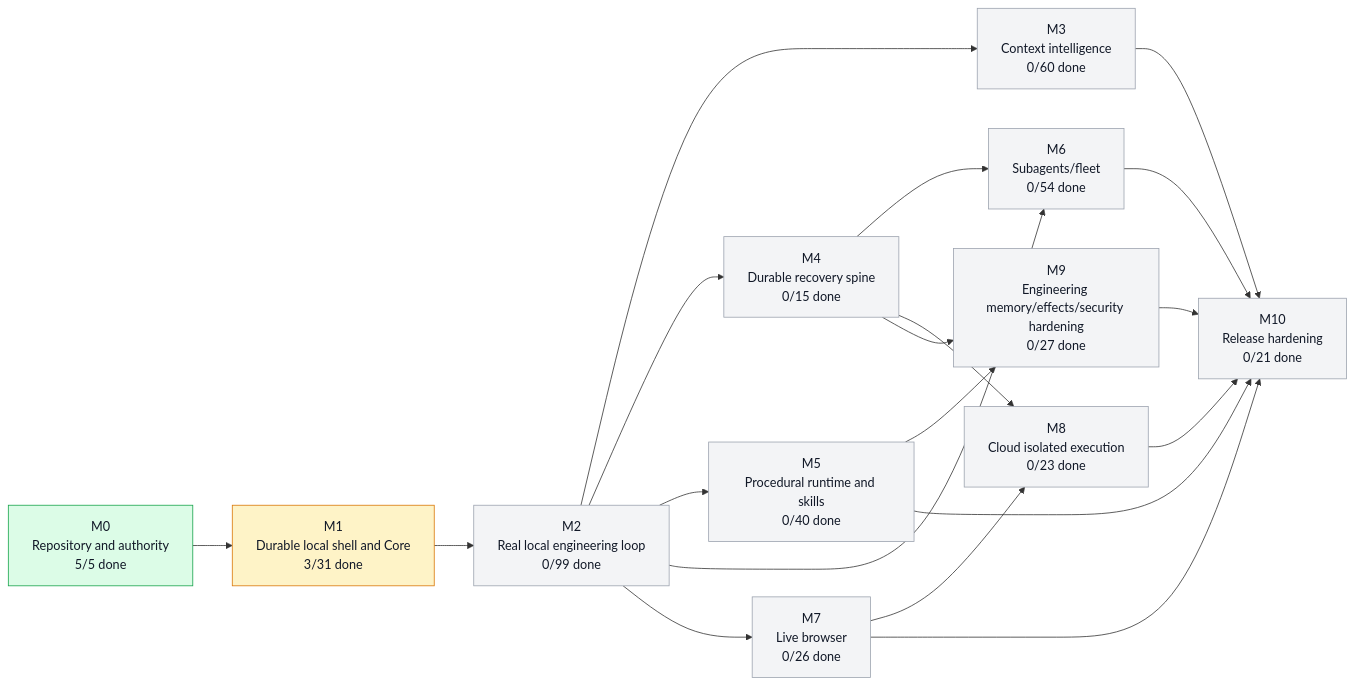
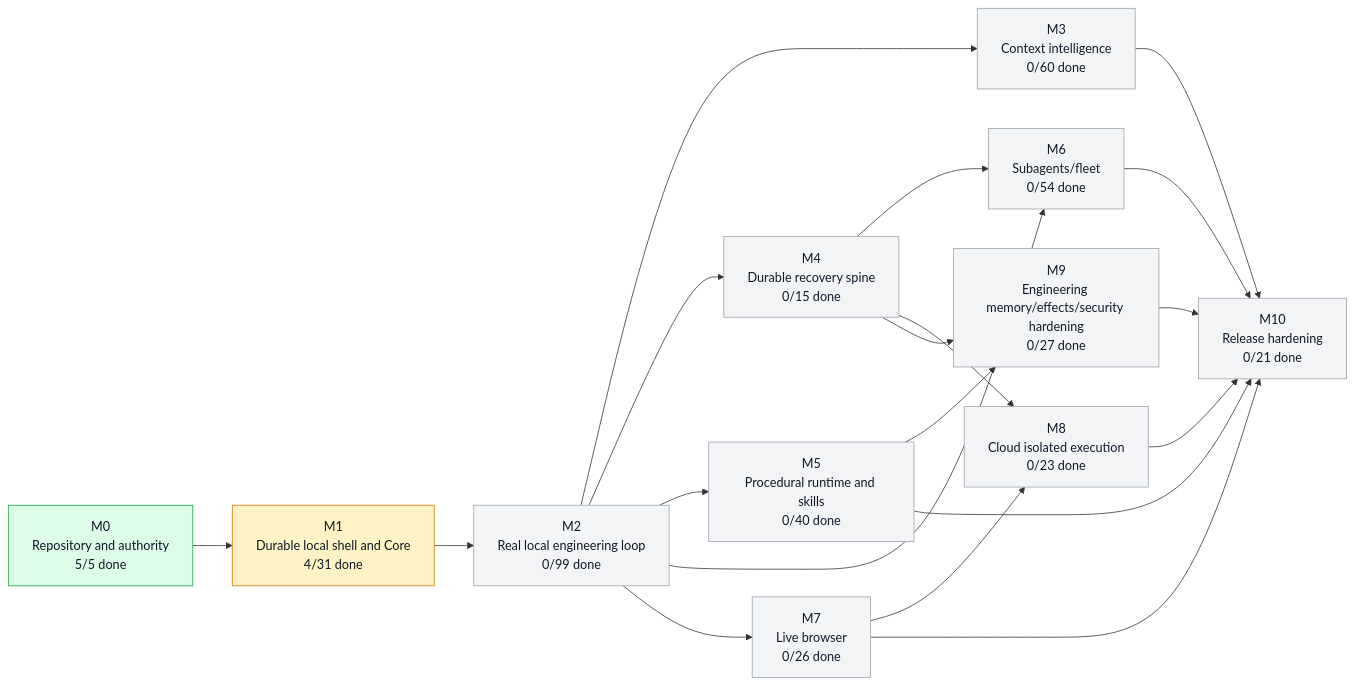
Before and after one commit to moss101/modbit: the first of 5 diagrams in graph/PROJECT_GRAPH.md, drawn with Mermaid. The commit also changed other lines of this file and 6 other files, not shown here.

````diff
--- a/graph/PROJECT_GRAPH.md
+++ b/graph/PROJECT_GRAPH.md
@@ -57,43 +57,43 @@
 ```mermaid
 flowchart LR
   M0["M0<br/>Repository and authority<br/>5/5 done"]
-  M1["M1<br/>Durable local shell and Core<br/>3/31 done"]
+  M1["M1<br/>Durable local shell and Core<br/>4/31 done"]
   M2["M2<br/>Real local engineering loop<br/>0/99 done"]
   M3["M3<br/>Context intelligence<br/>0/60 done"]
   M4["M4<br/>Durable recovery spine<br/>0/15 done"]
   M5["M5<br/>Procedural runtime and skills<br/>0/40 done"]
   M6["M6<br/>Subagents/fleet<br/>0/54 done"]
   M7["M7<br/>Live browser<br/>0/26 done"]
   M8["M8<br/>Cloud isolated execution<br/>0/23 done"]
   M9["M9<br/>Engineering memory/effects/security hardening<br/>0/27 done"]
   M10["M10<br/>Release hardening<br/>0/21 done"]
   M0 --> M1
   M1 --> M2
   M2 --> M3
   M2 --> M4
   M2 --> M5
   M2 --> M6
   M4 --> M6
   M2 --> M7
   M4 --> M8
   M7 --> M8
   M4 --> M9
   M5 --> M9
   M3 --> M10
   M5 --> M10
   M6 --> M10
   M7 --> M10
   M8 --> M10
   M9 --> M10
   style M0 fill:#dcfce7,stroke:#16a34a,color:#111827
   style M1 fill:#fef3c7,stroke:#d97706,color:#111827
   style M2 fill:#f3f4f6,stroke:#9ca3af,color:#111827
   style M3 fill:#f3f4f6,stroke:#9ca3af,color:#111827
   style M4 fill:#f3f4f6,stroke:#9ca3af,color:#111827
   style M5 fill:#f3f4f6,stroke:#9ca3af,color:#111827
   style M6 fill:#f3f4f6,stroke:#9ca3af,color:#111827
   style M7 fill:#f3f4f6,stroke:#9ca3af,color:#111827
   style M8 fill:#f3f4f6,stroke:#9ca3af,color:#111827
   style M9 fill:#f3f4f6,stroke:#9ca3af,color:#111827
   style M10 fill:#f3f4f6,stroke:#9ca3af,color:#111827
 ```
````
